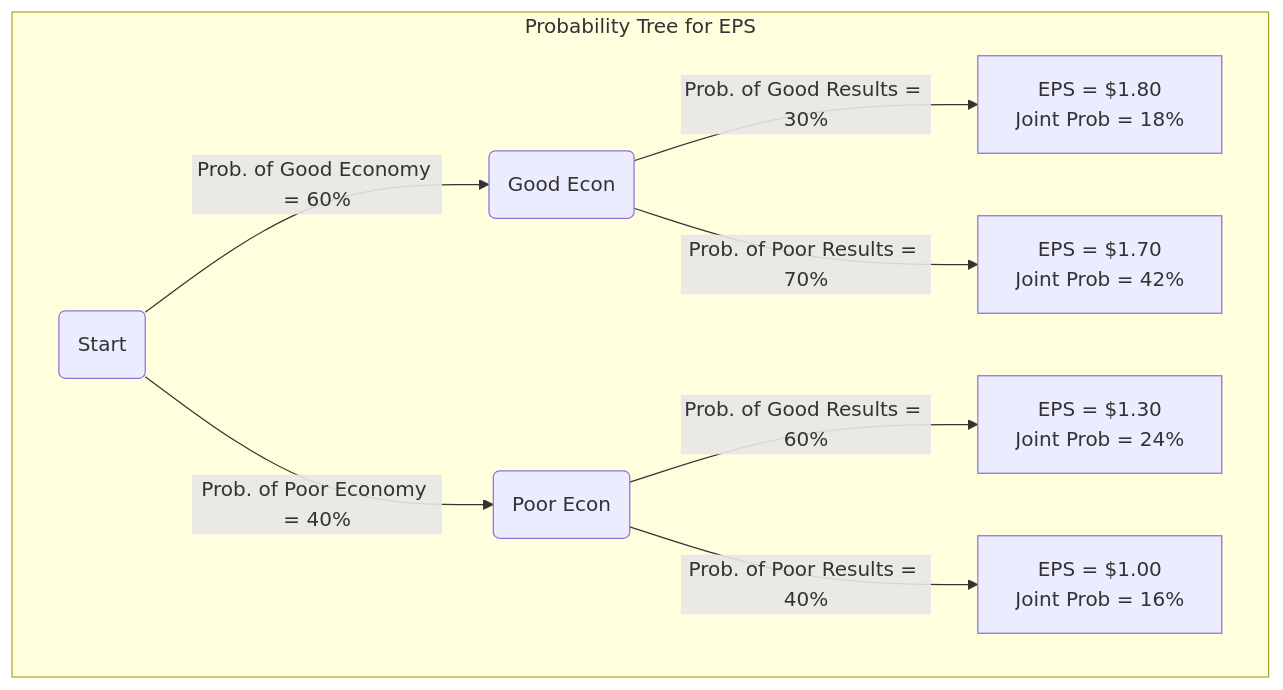
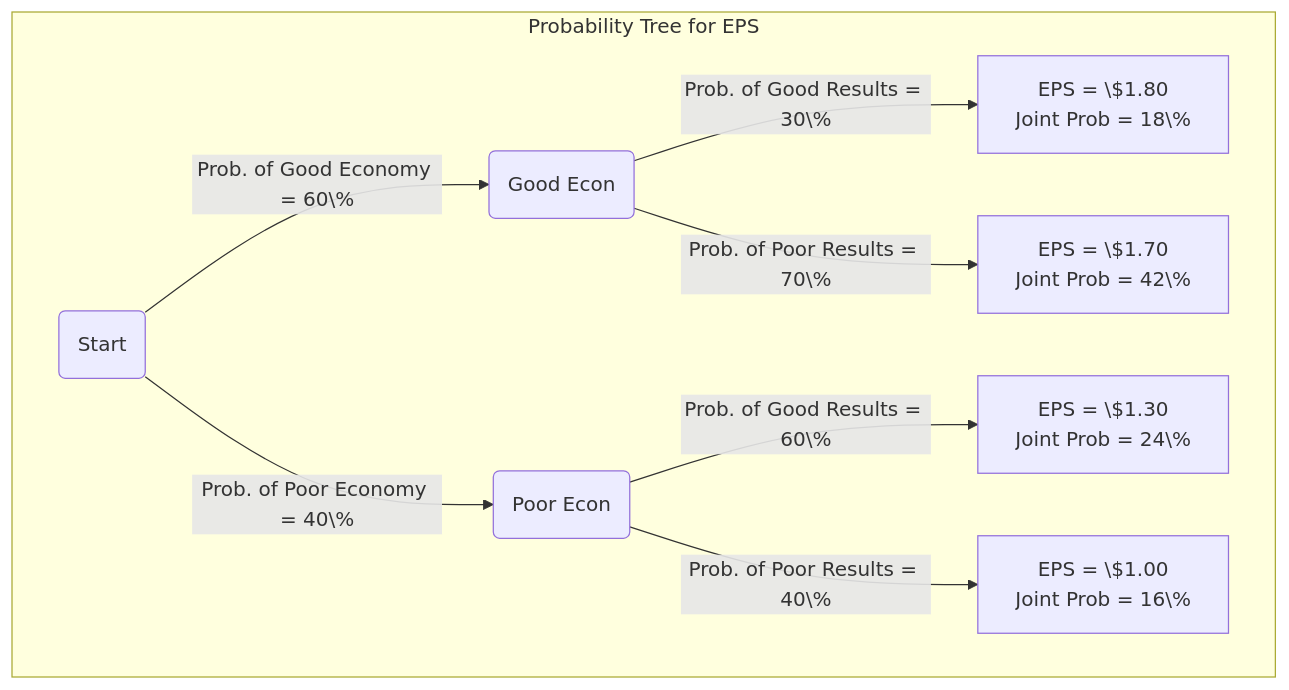
Before and after one commit to agarwalvipin/open_cfa: the diagram in docs/LOS/Quant/Reading 4.md, drawn with Mermaid. The commit also changed other lines of this file and 6 other files, not shown here.

````diff
--- a/docs/LOS/Quant/Reading 4.md
+++ b/docs/LOS/Quant/Reading 4.md
@@ -55,14 +54,14 @@
 ```mermaid
 graph TD
-    subgraph "Probability Tree for EPS"
-        direction LR
-        A(Start) -->|Prob. of Good Economy = 60%| B(Good Econ);
-        A -->|Prob. of Poor Economy = 40%| C(Poor Econ);
+  subgraph "Probability Tree for EPS"
+    direction LR
+    A(Start) -->|Prob. of Good Economy = 60\%| B(Good Econ)
+    A -->|Prob. of Poor Economy = 40\%| C(Poor Econ)
 
-        B -->|Prob. of Good Results = 30%| D[EPS = $1.80 <br> Joint Prob = 18%];
-        B -->|Prob. of Poor Results = 70%| E[EPS = $1.70 <br> Joint Prob = 42%];
+    B -->|Prob. of Good Results = 30\%| D[EPS = \$1.80<br/>Joint Prob = 18\%]
+    B -->|Prob. of Poor Results = 70\%| E[EPS = \$1.70<br/>Joint Prob = 42\%]
 
-        C -->|Prob. of Good Results = 60%| F[EPS = $1.30 <br> Joint Prob = 24%];
-        C -->|Prob. of Poor Results = 40%| G[EPS = $1.00 <br> Joint Prob = 16%];
-    end
+    C -->|Prob. of Good Results = 60\%| F[EPS = \$1.30<br/>Joint Prob = 24\%]
+    C -->|Prob. of Poor Results = 40\%| G[EPS = \$1.00<br/>Joint Prob = 16\%]
+  end
 ```
````
